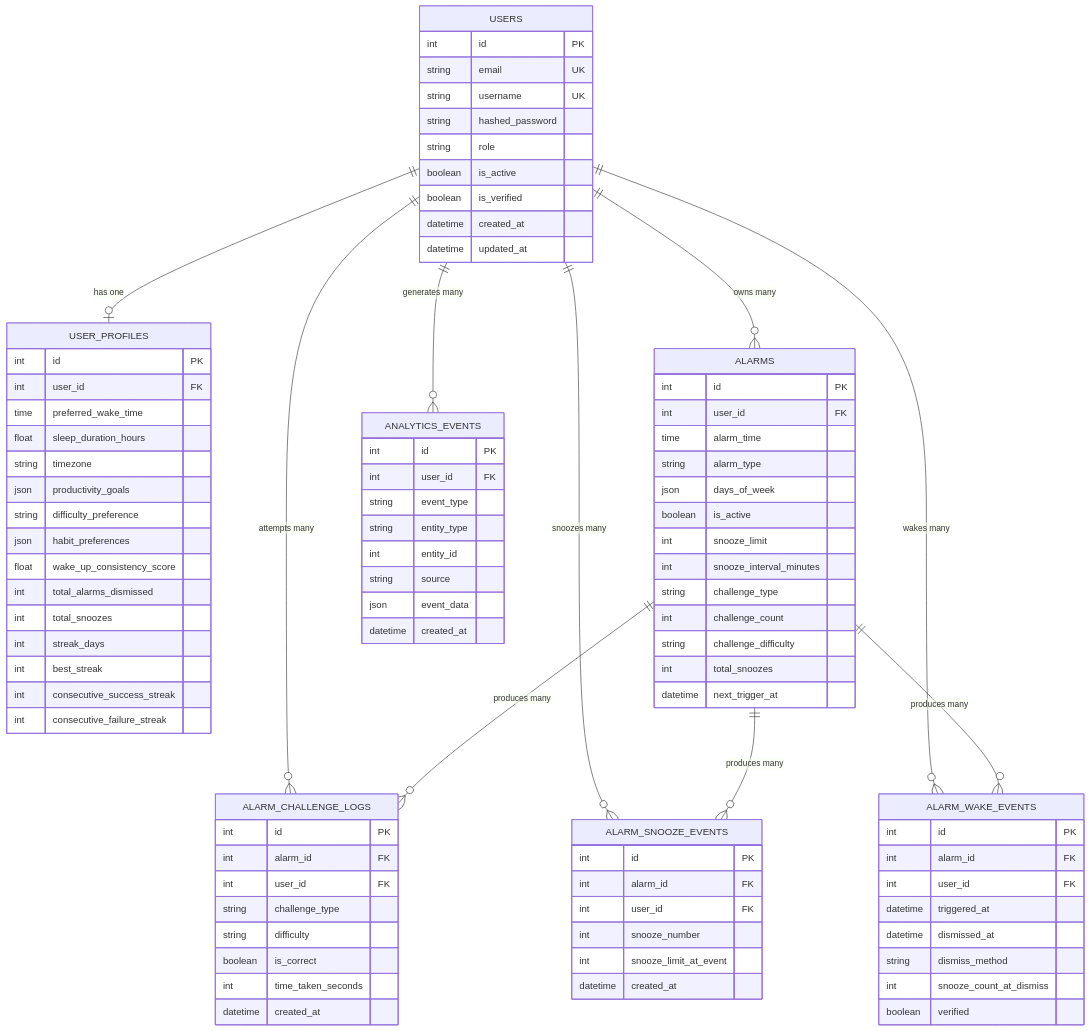
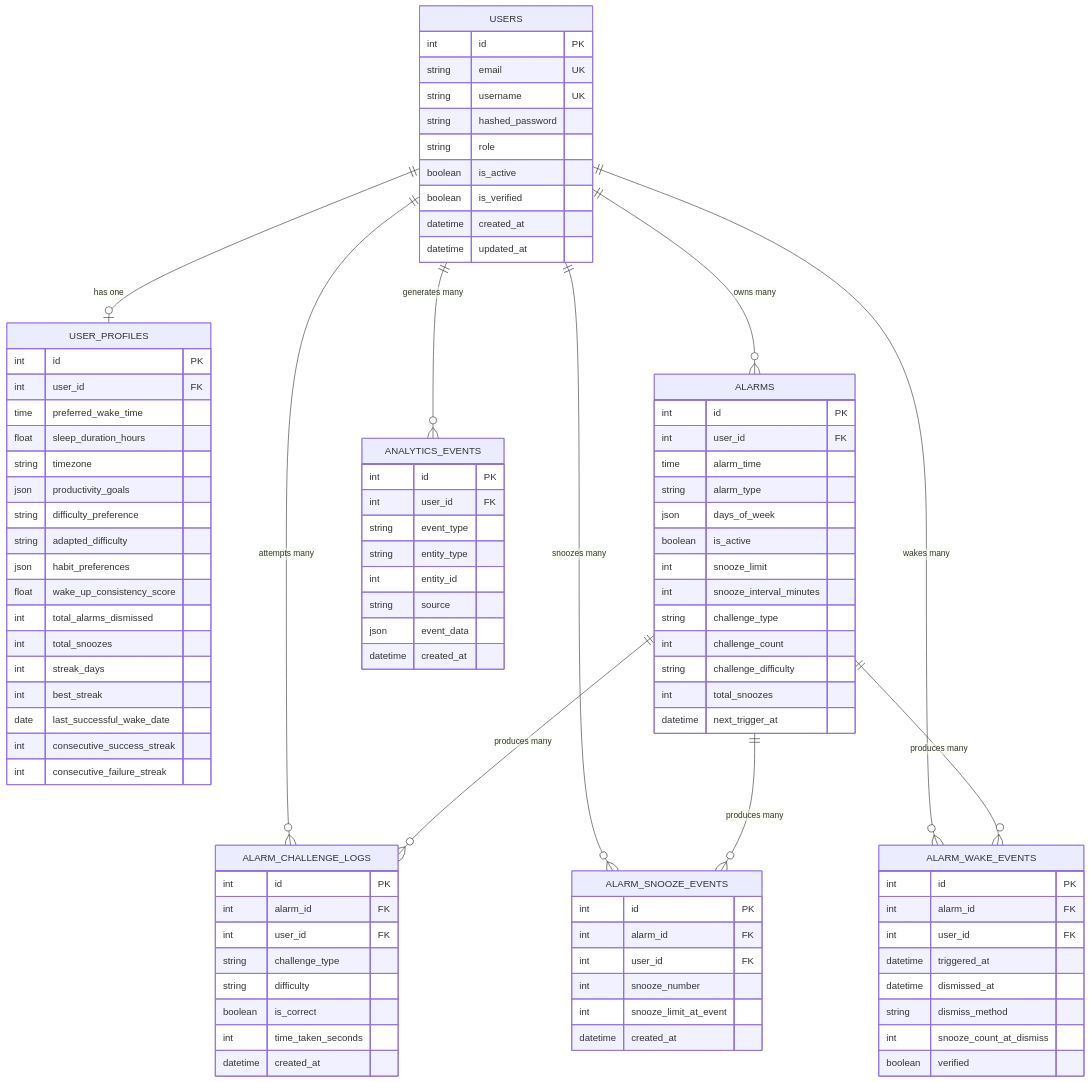
One commit to krithikananth/Cognitive-Alarm-Platform changed the diagram in docs/database_design.md. Above: the diagram before and after it, drawn with Mermaid. The commit also changed other lines of this file and 34 other files, not shown here.

```diff
--- a/docs/database_design.md
+++ b/docs/database_design.md
@@ -40,12 +40,14 @@
         string timezone
         json productivity_goals
         string difficulty_preference
+        string adapted_difficulty
         json habit_preferences
         float wake_up_consistency_score
         int total_alarms_dismissed
         int total_snoozes
         int streak_days
         int best_streak
+        date last_successful_wake_date
         int consecutive_success_streak
         int consecutive_failure_streak
     }
```
